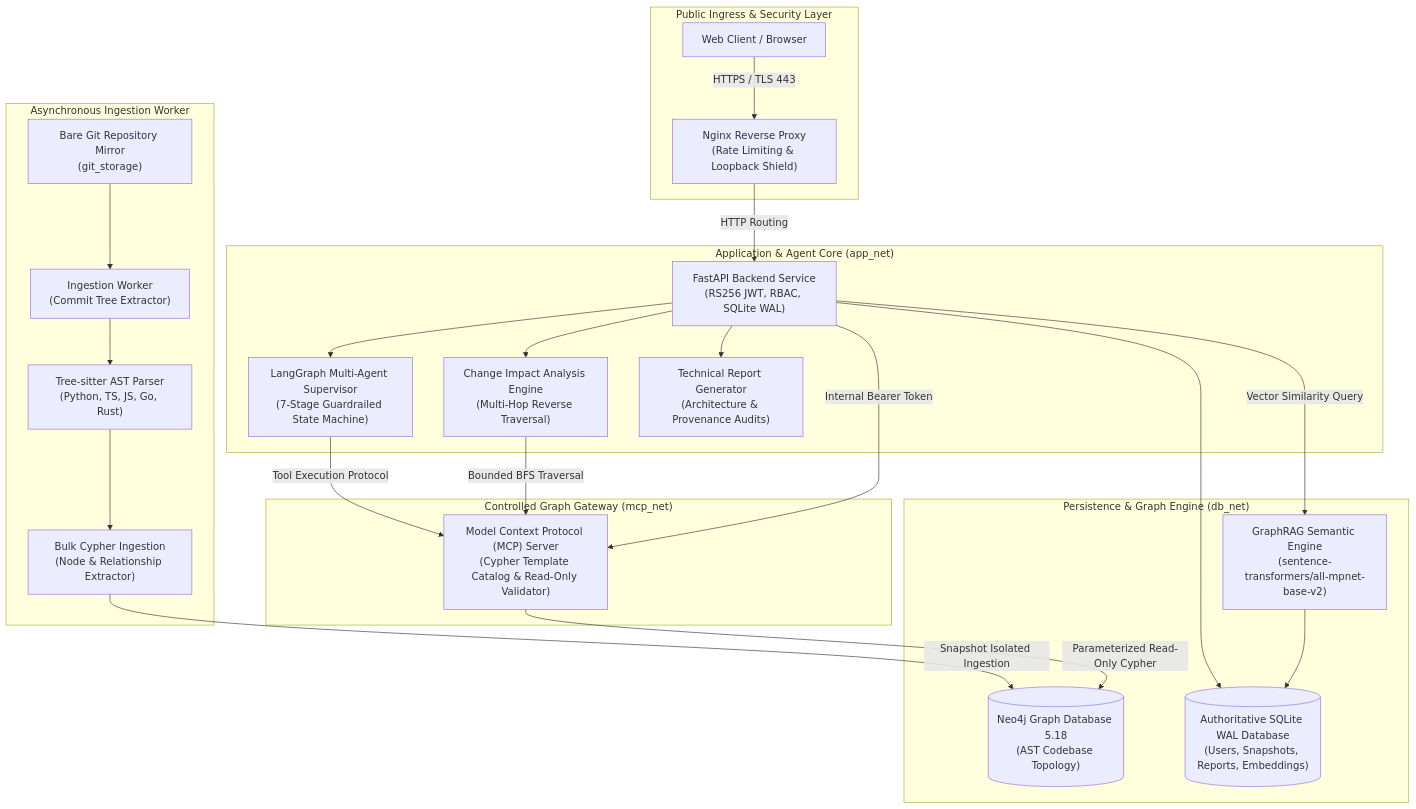
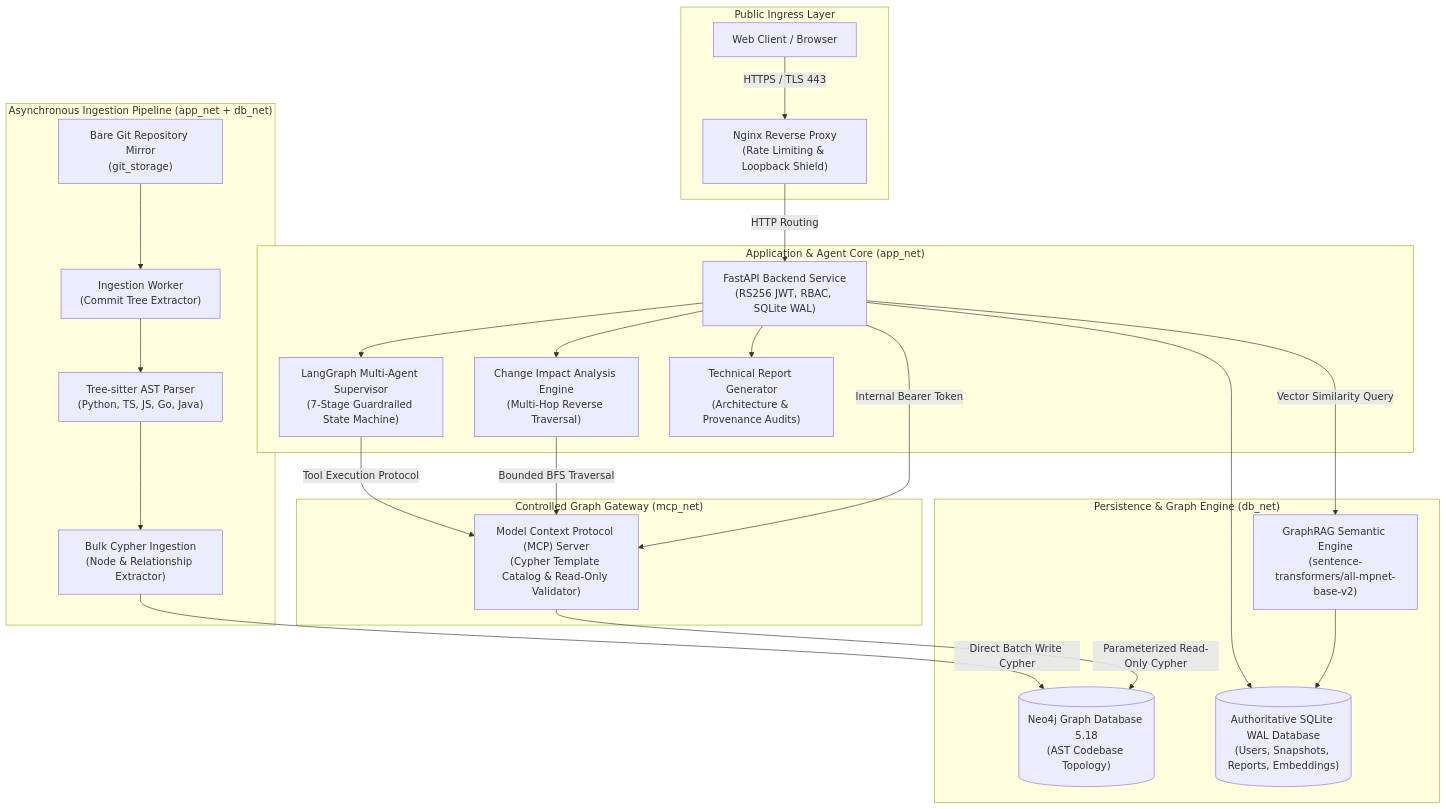
One commit to myogeswar65-cmd/autonomous-codebase-knowledge-graph-navigator changed the diagram in README.md. Above: the diagram before and after it, drawn with Mermaid. The commit also changed other lines of this file, not shown here.

````diff
--- a/README.md
+++ b/README.md
@@ -47,34 +48,34 @@
 ```mermaid
 flowchart TD
-    subgraph Ingress ["Public Ingress & Security Layer"]
+    subgraph Ingress ["Public Ingress Layer"]
         UserBrowser["Web Client / Browser"] -->|HTTPS / TLS 443| NginxProxy["Nginx Reverse Proxy\n(Rate Limiting & Loopback Shield)"]
     end
 
     subgraph AppLayer ["Application & Agent Core (app_net)"]
         NginxProxy -->|HTTP Routing| FastAPICore["FastAPI Backend Service\n(RS256 JWT, RBAC, SQLite WAL)"]
         FastAPICore --> LangGraphSupervisor["LangGraph Multi-Agent Supervisor\n(7-Stage Guardrailed State Machine)"]
         FastAPICore --> ImpactEngine["Change Impact Analysis Engine\n(Multi-Hop Reverse Traversal)"]
         FastAPICore --> ReportEngine["Technical Report Generator\n(Architecture & Provenance Audits)"]
     end
 
-    subgraph IngestionPipeline ["Asynchronous Ingestion Worker"]
+    subgraph IngestionPipeline ["Asynchronous Ingestion Pipeline (app_net + db_net)"]
         GitRepo["Bare Git Repository Mirror\n(git_storage)"] --> GitWorker["Ingestion Worker\n(Commit Tree Extractor)"]
-        GitWorker --> TreeSitterParser["Tree-sitter AST Parser\n(Python, TS, JS, Go, Rust)"]
+        GitWorker --> TreeSitterParser["Tree-sitter AST Parser\n(Python, TS, JS, Go, Java)"]
         TreeSitterParser --> IngestWriter["Bulk Cypher Ingestion\n(Node & Relationship Extractor)"]
     end
 
     subgraph SecurityGateway ["Controlled Graph Gateway (mcp_net)"]
         FastAPICore -->|Internal Bearer Token| MCPGateway["Model Context Protocol (MCP) Server\n(Cypher Template Catalog & Read-Only Validator)"]
         LangGraphSupervisor -->|Tool Execution Protocol| MCPGateway
         ImpactEngine -->|Bounded BFS Traversal| MCPGateway
     end
 
     subgraph StorageLayer ["Persistence & Graph Engine (db_net)"]
         MCPGateway -->|Parameterized Read-Only Cypher| Neo4jDB[("Neo4j Graph Database 5.18\n(AST Codebase Topology)")]
-        IngestWriter -->|Snapshot Isolated Ingestion| Neo4jDB
+        IngestWriter -->|Direct Batch Write Cypher| Neo4jDB
         FastAPICore --> SQLiteDB[("Authoritative SQLite WAL Database\n(Users, Snapshots, Reports, Embeddings)")]
         GraphRAGEngine["GraphRAG Semantic Engine\n(sentence-transformers/all-mpnet-base-v2)"] --> SQLiteDB
     end
 
     FastAPICore -->|Vector Similarity Query| GraphRAGEngine
 ```
````
